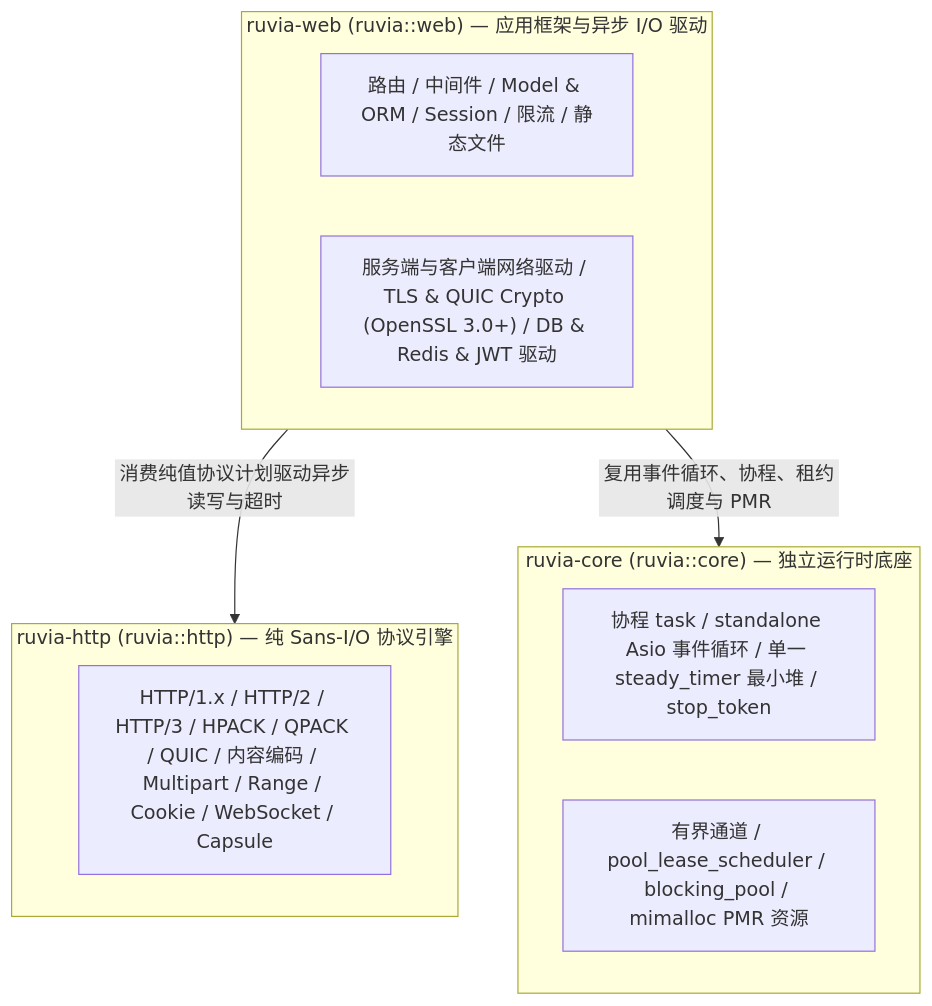
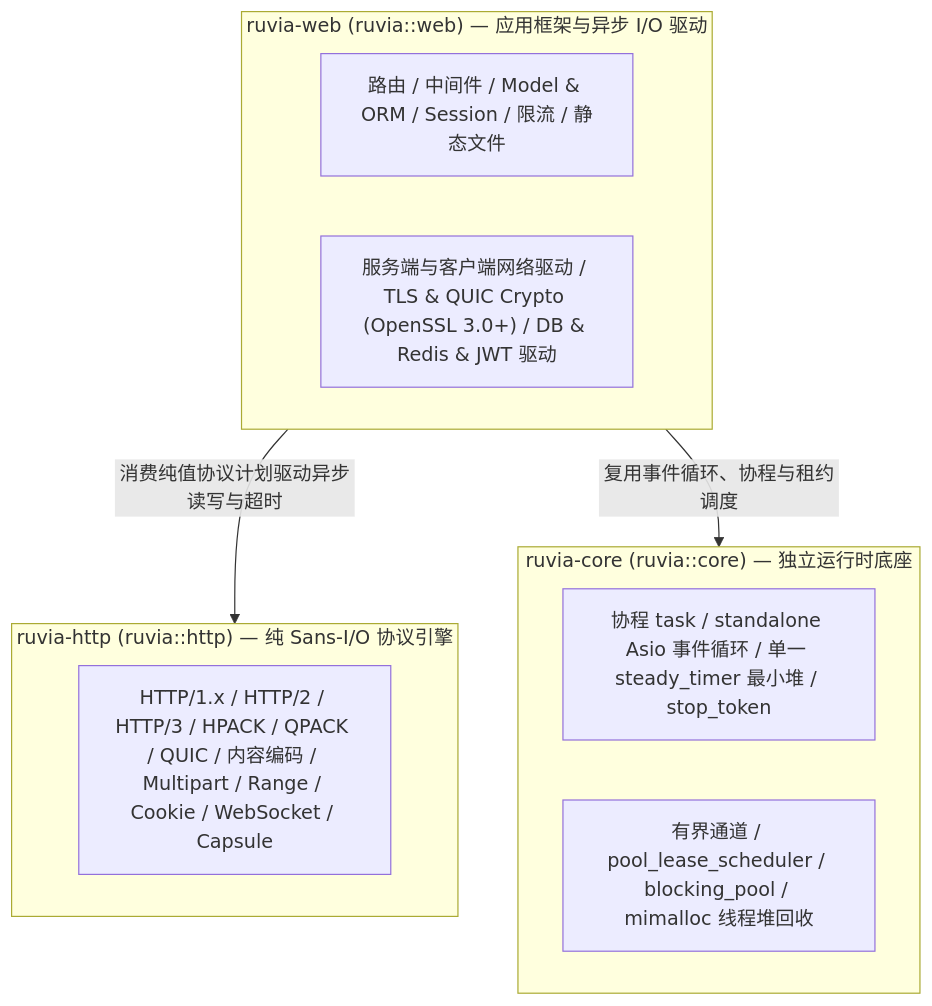
Before and after one commit to hyird/Ruvia: the first of 4 diagrams in AGENTS.md, drawn with Mermaid. The commit also changed other lines of this file and 831 other files, not shown here.

````diff
--- a/AGENTS.md
+++ b/AGENTS.md
@@ -25,17 +25,17 @@
 ```mermaid
 flowchart TB
     subgraph web ["ruvia-web (ruvia::web) — 应用框架与异步 I/O 驱动"]
         w_app["路由 / 中间件 / Model & ORM / Session / 限流 / 静态文件"]
         w_io["服务端与客户端网络驱动 / TLS & QUIC Crypto (OpenSSL 3.0+) / DB & Redis & JWT 驱动"]
     end
     subgraph core ["ruvia-core (ruvia::core) — 独立运行时底座"]
         c_rt["协程 task / standalone Asio 事件循环 / 单一 steady_timer 最小堆 / stop_token"]
-        c_pool["有界通道 / pool_lease_scheduler / blocking_pool / mimalloc PMR 资源"]
+        c_pool["有界通道 / pool_lease_scheduler / blocking_pool / mimalloc 线程堆回收"]
     end
     subgraph http ["ruvia-http (ruvia::http) — 纯 Sans-I/O 协议引擎"]
         h_proto["HTTP/1.x / HTTP/2 / HTTP/3 / HPACK / QPACK / QUIC / 内容编码 / Multipart / Range / Cookie / WebSocket / Capsule"]
     end
 
     web -->|"消费纯值协议计划驱动异步读写与超时"| http
-    web -->|"复用事件循环、协程、租约调度与 PMR"| core
+    web -->|"复用事件循环、协程与租约调度"| core
 ```
````
